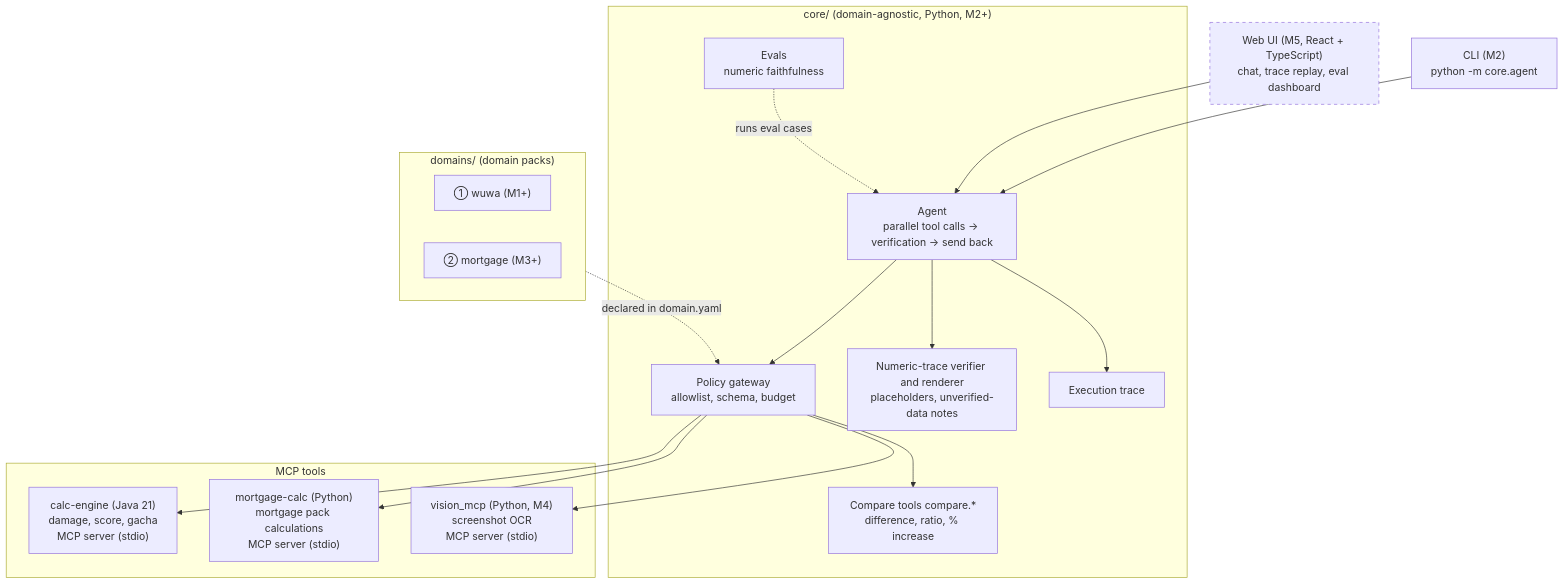
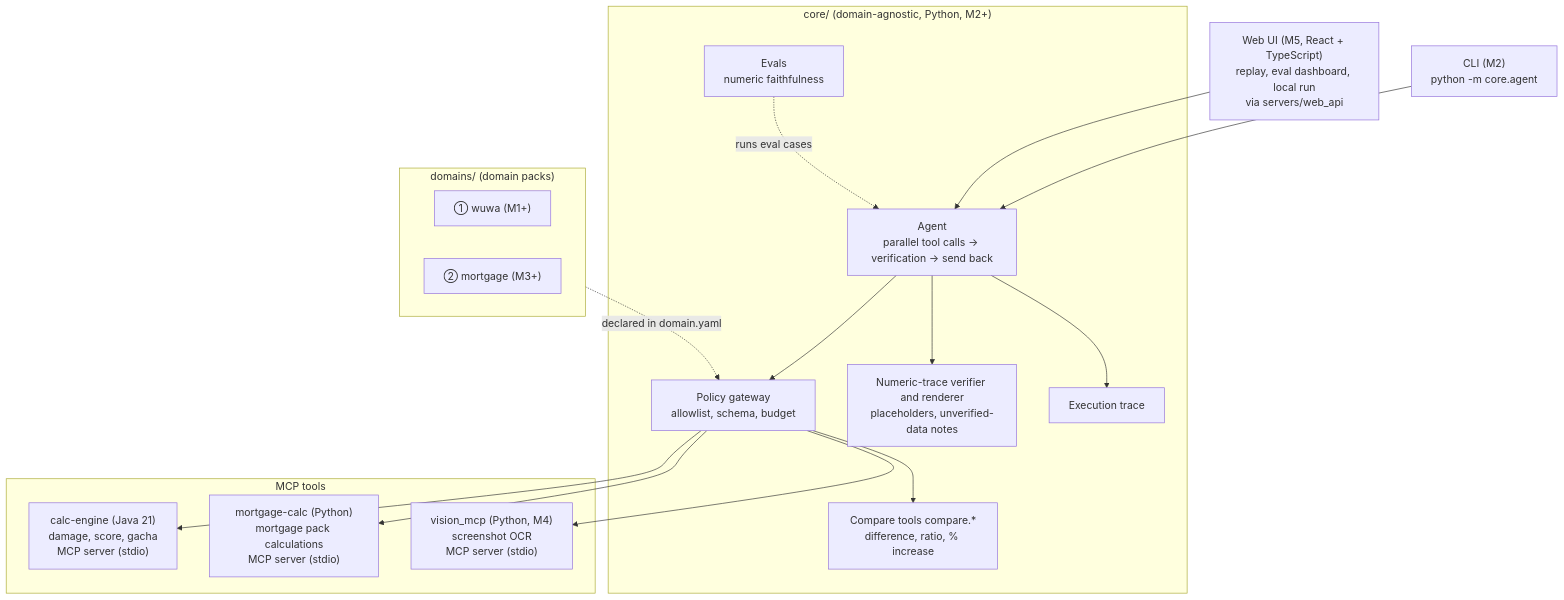
One commit to hexinlong9981/echolab changed the first of 3 diagrams in docs/architecture.en.md. Above: the diagram before and after it, drawn with Mermaid. The commit also changed other lines of this file and 11 other files, not shown here.

````diff
--- a/docs/architecture.en.md
+++ b/docs/architecture.en.md
@@ -13,32 +13,30 @@
 ```mermaid
 flowchart TB
   CLI["CLI (M2)<br/>python -m core.agent"]
-  UI["Web UI (M5, React + TypeScript)<br/>chat, trace replay, eval dashboard"]
+  UI["Web UI (M5, React + TypeScript)<br/>replay, eval dashboard, local run<br/>via servers/web_api"]
   subgraph core["core/ (domain-agnostic, Python, M2+)"]
     AG["Agent<br/>parallel tool calls → verification → send back"]
     GW["Policy gateway<br/>allowlist, schema, budget"]
     VF["Numeric-trace verifier and renderer<br/>placeholders, unverified-data notes"]
     CMP["Compare tools compare.*<br/>difference, ratio, % increase"]
     EV["Evals<br/>numeric faithfulness"]
     TR["Execution trace"]
   end
   subgraph tools["MCP tools"]
     CE["calc-engine (Java 21)<br/>damage, score, gacha<br/>MCP server (stdio)"]
     MC["mortgage-calc (Python)<br/>mortgage pack calculations<br/>MCP server (stdio)"]
     VM["vision_mcp (Python, M4)<br/>screenshot OCR<br/>MCP server (stdio)"]
   end
   subgraph domains["domains/ (domain packs)"]
     D1["① wuwa (M1+)"]
     D3["② mortgage (M3+)"]
   end
   CLI --> AG
   UI --> AG
   AG --> GW --> CE & MC & CMP & VM
   AG --> VF
   AG --> TR
   domains -. "declared in domain.yaml" .-> GW
   EV -. "runs eval cases" .-> AG
 
-  classDef planned stroke-dasharray: 5 5
-  class UI planned
 ```
````
